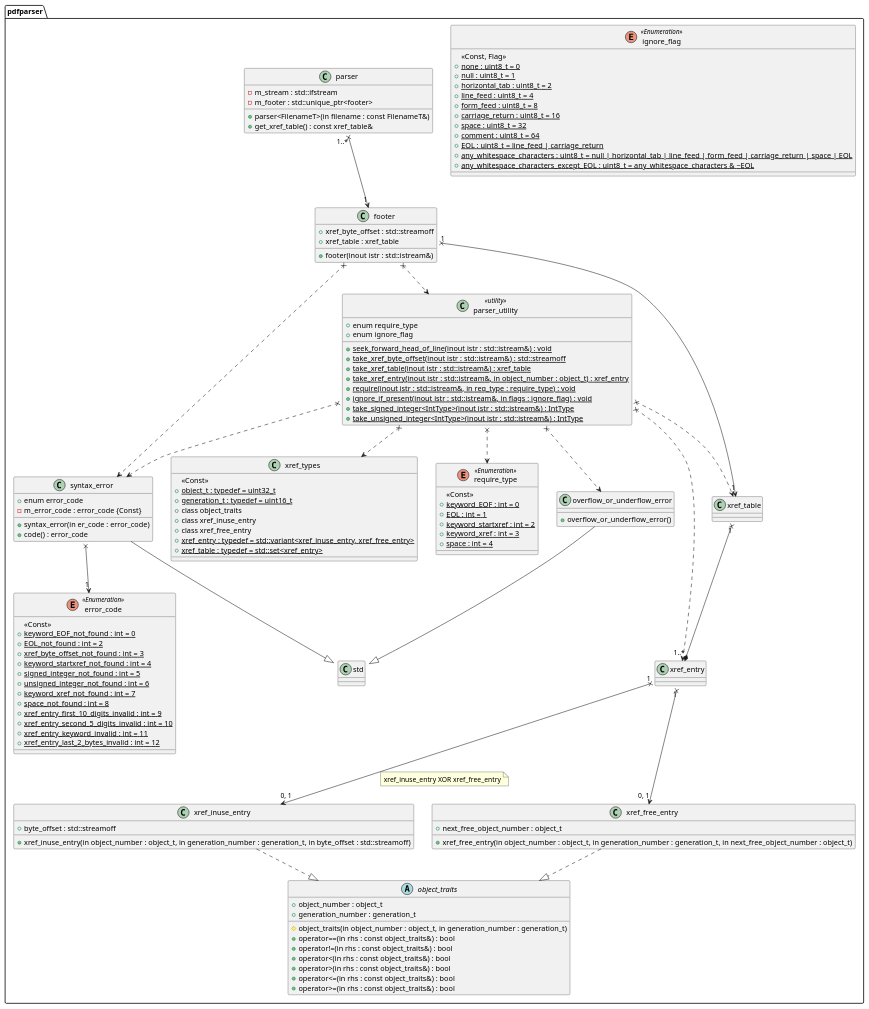
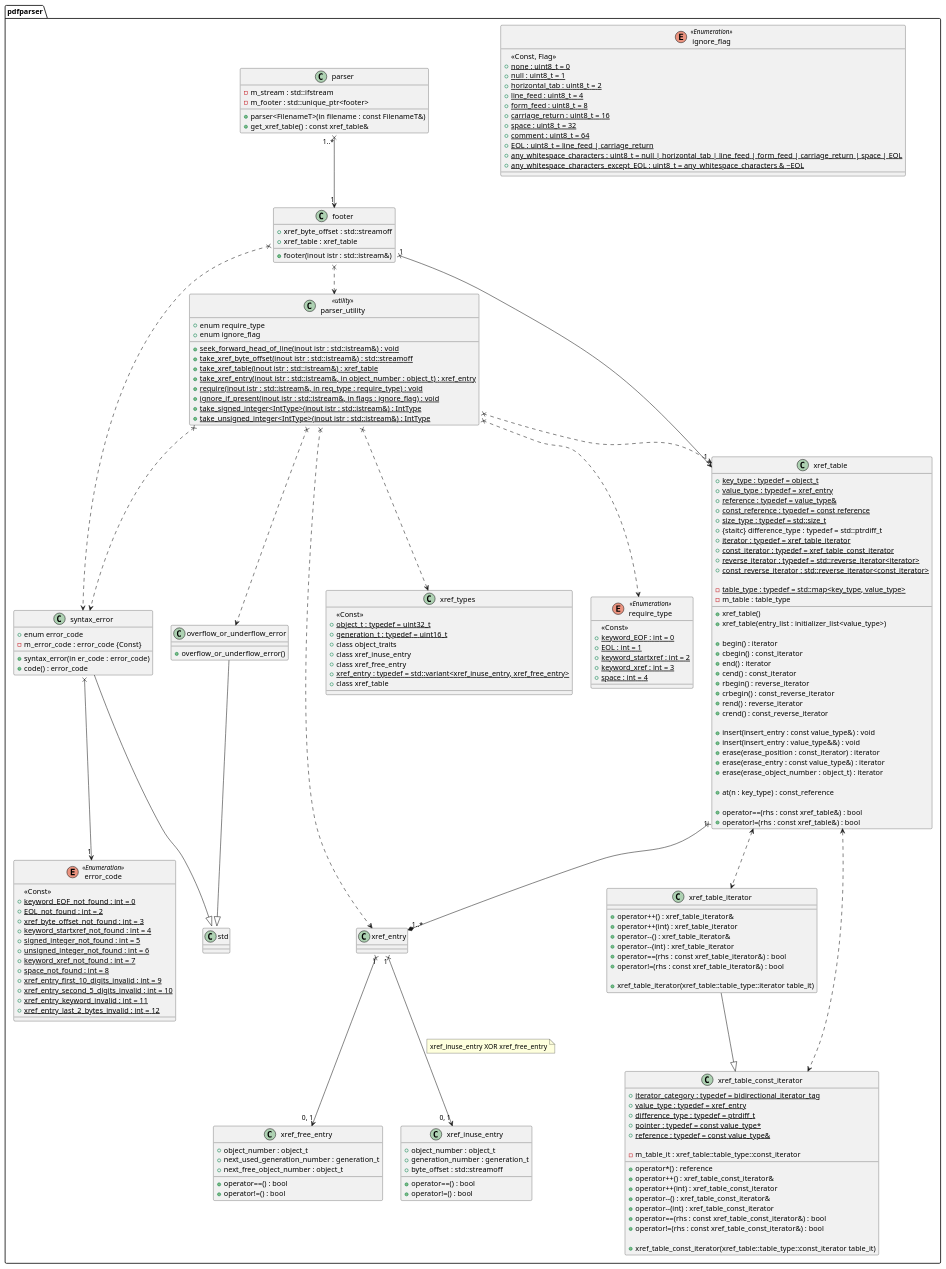
One commit to KodaiYM/PDFReader changed the diagram in document/parser.class.pu. Above: the diagram before and after it, drawn with PlantUML. The commit also changed 3 other files, not shown here.

```diff
--- a/document/parser.class.pu
+++ b/document/parser.class.pu
@@ -100,7 +100,7 @@
 	+class xref_inuse_entry
 	+class xref_free_entry
 	+{static} xref_entry : typedef = std::variant<xref_inuse_entry, xref_free_entry>
-	+{static} xref_table : typedef = std::set<xref_entry>
+	+class xref_table
 }
 xref_table "1" x--* "1..*" xref_entry
 xref_entry "1" x--> "0, 1" xref_inuse_entry
@@ -109,29 +109,93 @@
 end note
 xref_entry "1" x--> "0, 1" xref_free_entry
 
-abstract class object_traits {
+class xref_inuse_entry {
 	+object_number : object_t
 	+generation_number : generation_t
-
-	#object_traits(in object_number : object_t, in generation_number : generation_t)
-	+operator==(in rhs : const object_traits&) : bool
-	+operator!=(in rhs : const object_traits&) : bool
-	+operator<(in rhs : const object_traits&) : bool
-	+operator>(in rhs : const object_traits&) : bool
-	+operator<=(in rhs : const object_traits&) : bool
-	+operator>=(in rhs : const object_traits&) : bool
+	+byte_offset : std::streamoff
+	
+	+operator==() : bool
+	+operator!=() : bool
 }
 
-class xref_inuse_entry {
-	+xref_inuse_entry(in object_number : object_t, in generation_number : generation_t, in byte_offset : std::streamoff)
-	+byte_offset : std::streamoff
+class xref_free_entry {
+	+object_number : object_t
+	+next_used_generation_number : generation_t
+	+next_free_object_number : object_t
+	
+	+operator==() : bool
+	+operator!=() : bool
 }
-xref_inuse_entry ..|> object_traits
 
-class xref_free_entry {
-	+xref_free_entry(in object_number : object_t, in generation_number : generation_t, in next_free_object_number : object_t)
-	+next_free_object_number : object_t
+class xref_table {
+	+{static} key_type : typedef = object_t
+	+{static} value_type : typedef = xref_entry
+	+{static} reference : typedef = value_type&
+	+{static} const_reference : typedef = const reference
+	+{static} size_type : typedef = std::size_t
+	+{staitc} difference_type : typedef = std::ptrdiff_t
+	+{static} iterator : typedef = xref_table_iterator
+	+{static} const_iterator : typedef = xref_table_const_iterator
+	+{static} reverse_iterator : typedef = std::reverse_iterator<iterator>
+	+{static} const_reverse_iterator : std::reverse_iterator<const_iterator>
+
+	-{static} table_type : typedef = std::map<key_type, value_type>
+	-m_table : table_type
+
+	+xref_table()
+	+xref_table(entry_list : initializer_list<value_type>)
+
+	+begin() : iterator
+	+cbegin() : const_iterator
+	+end() : iterator
+	+cend() : const_iterator
+	+rbegin() : reverse_iterator
+	+crbegin() : const_reverse_iterator
+	+rend() : reverse_iterator
+	+crend() : const_reverse_iterator
+
+	+insert(insert_entry : const value_type&) : void
+	+insert(insert_entry : value_type&&) : void
+	+erase(erase_position : const_iterator) : iterator
+	+erase(erase_entry : const value_type&) : iterator
+	+erase(erase_object_number : object_t) : iterator
+
+	+at(n : key_type) : const_reference
+
+	+operator==(rhs : const xref_table&) : bool
+	+operator!=(rhs : const xref_table&) : bool
 }
-xref_free_entry ..|> object_traits
+class xref_table_iterator {
+	+operator++() : xref_table_iterator&
+	+operator++(int) : xref_table_iterator
+	+operator--() : xref_table_iterator&
+	+operator--(int) : xref_table_iterator
+	+operator==(rhs : const xref_table_iterator&) : bool
+	+operator!=(rhs : const xref_table_iterator&) : bool
+
+	+xref_table_iterator(xref_table::table_type::iterator table_it)
+}
+xref_table_iterator --|> xref_table_const_iterator
+class xref_table_const_iterator {
+	+{static} iterator_category : typedef = bidirectional_iterator_tag
+	+{static} value_type : typedef = xref_entry
+	+{static} difference_type : typedef = ptrdiff_t
+	+{static} pointer : typedef = const value_type*
+	+{static} reference : typedef = const value_type&
+
+	-m_table_it : xref_table::table_type::const_iterator
+
+	+operator*() : reference
+	+operator++() : xref_table_const_iterator&
+	+operator++(int) : xref_table_const_iterator
+	+operator--() : xref_table_const_iterator&
+	+operator--(int) : xref_table_const_iterator
+	+operator==(rhs : const xref_table_const_iterator&) : bool
+	+operator!=(rhs : const xref_table_const_iterator&) : bool
+
+	+xref_table_const_iterator(xref_table::table_type::const_iterator table_it)
+}
+xref_table <..> xref_table_iterator
+xref_table <..> xref_table_const_iterator
 }
 @enduml
```
